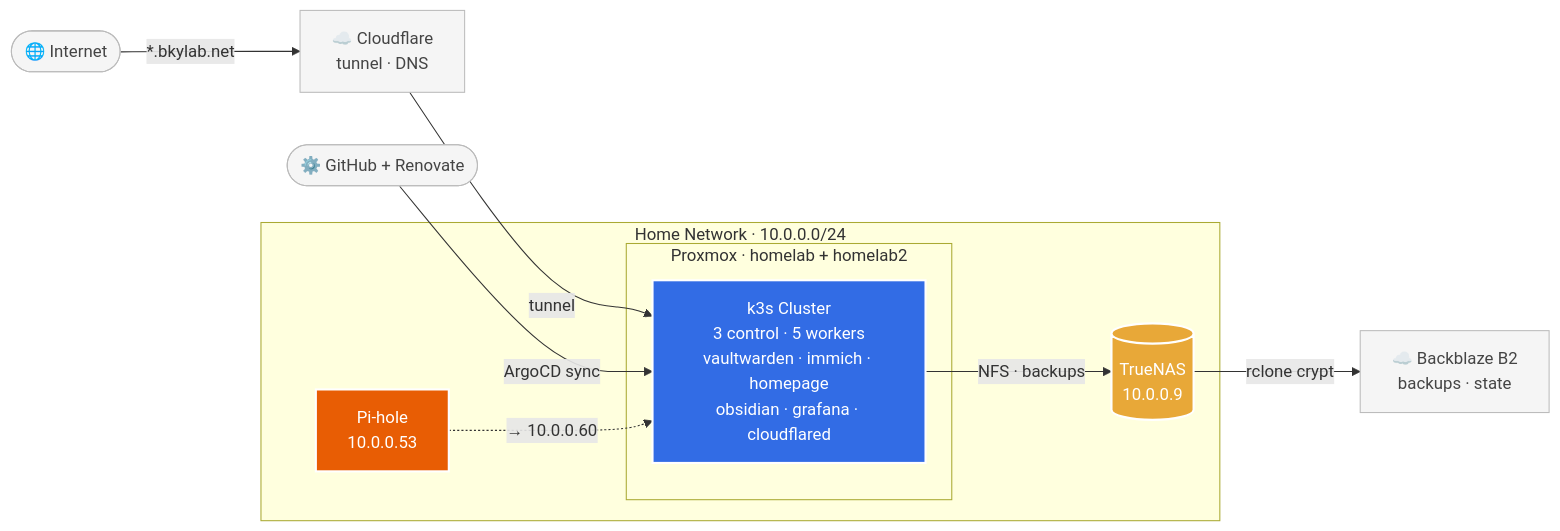
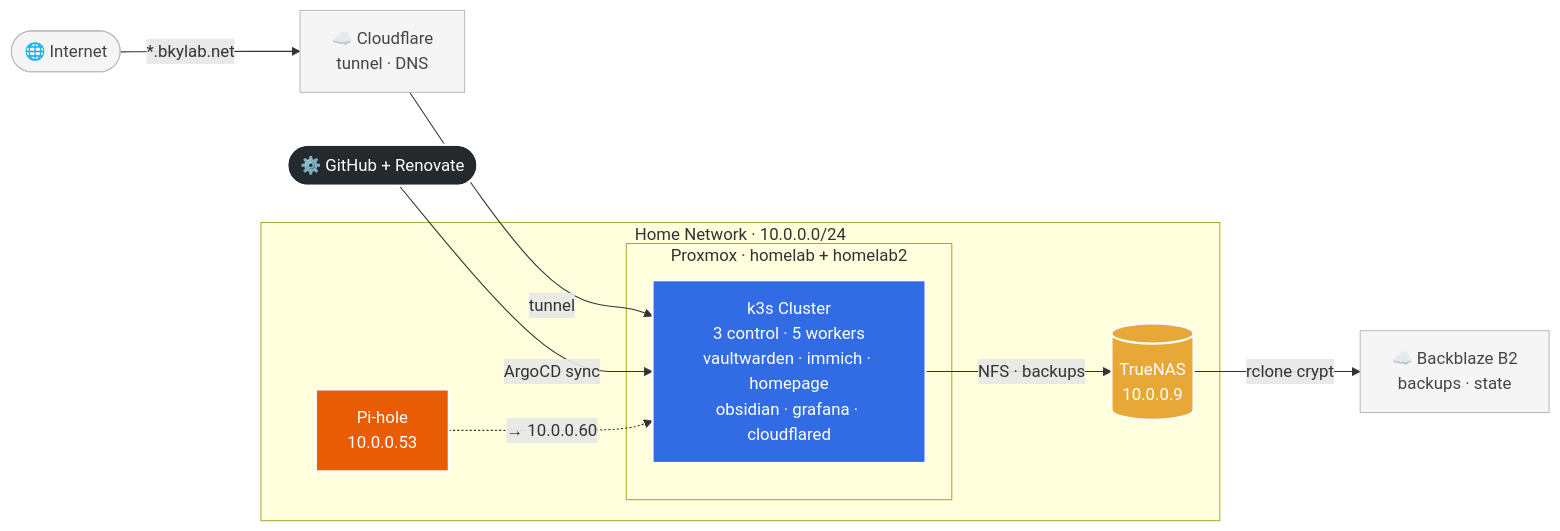
Before and after one commit to byeich/homelab: the diagram in README.md, drawn with Mermaid. The commit also changed 1 other file, not shown here.

Commit message:
updated diagrams

````diff
--- a/README.md
+++ b/README.md
@@ -5,33 +5,35 @@
 ```mermaid
 flowchart LR
     internet(["🌐 Internet"])
     gh(["⚙️ GitHub + Renovate"])
 
     subgraph home["Home Network · 10.0.0.0/24"]
         pihole["Pi-hole\n10.0.0.53"]
         truenas[("TrueNAS\n10.0.0.9")]
         subgraph proxmox["Proxmox · homelab + homelab2"]
             cluster["k3s Cluster\n3 control · 5 workers\nvaultwarden · immich · homepage\nobsidian · grafana · cloudflared"]
         end
     end
 
     cf["☁️ Cloudflare\ntunnel · DNS"]
     b2["☁️ Backblaze B2\nbackups · state"]
 
     internet -->|"*.bkylab.net"| cf
     cf -->|"tunnel"| cluster
     gh -->|"ArgoCD sync"| cluster
     pihole -.->|"→ 10.0.0.60"| cluster
     cluster -->|"NFS · backups"| truenas
     truenas -->|"rclone crypt"| b2
 
     classDef k8s     fill:#326ce5,stroke:#fff,stroke-width:2px,color:#fff
     classDef storage fill:#e8a838,stroke:#fff,stroke-width:2px,color:#fff
     classDef dns     fill:#e85d04,stroke:#fff,stroke-width:2px,color:#fff
     classDef ext     fill:#f5f5f5,stroke:#bbb,color:#444
+    classDef gitops  fill:#24292e,stroke:#fff,stroke-width:2px,color:#fff
 
     class cluster k8s
     class truenas storage
     class pihole dns
-    class cf,b2,gh,internet ext
+    class cf,b2,internet ext
+    class gh gitops
 ```
````
